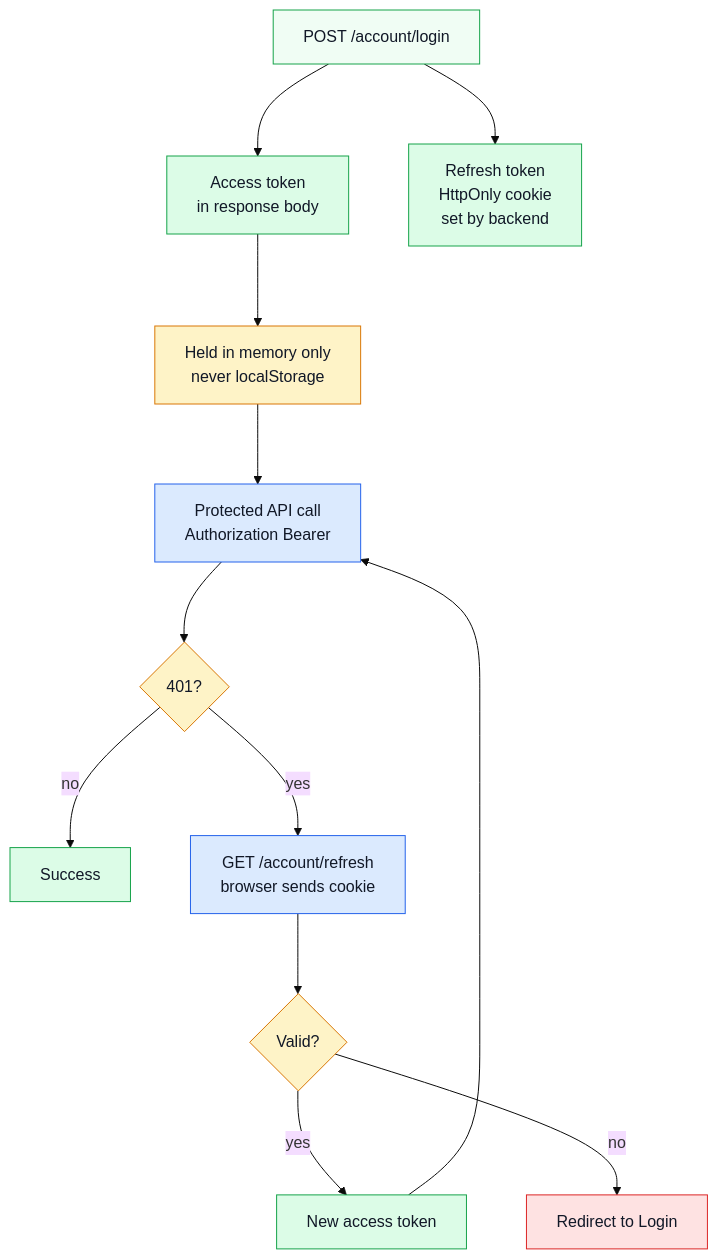
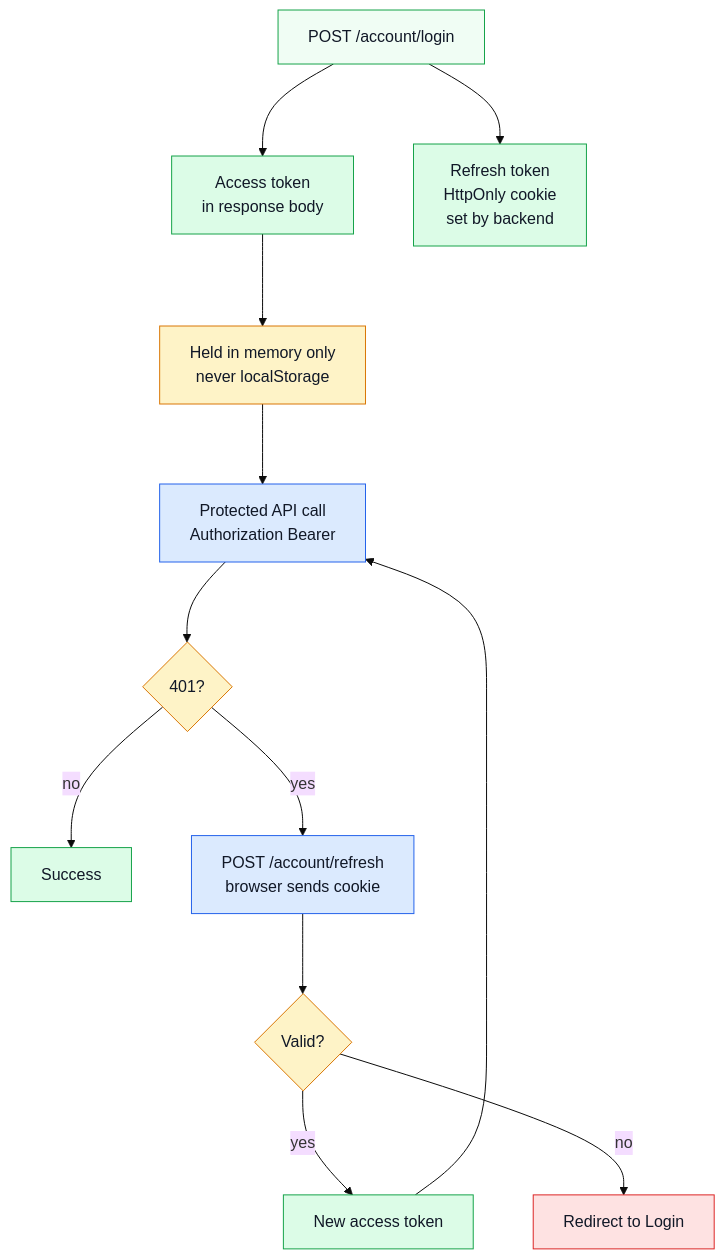
One commit to Guebbit/boilerplate-vue-frontend changed the first of 2 diagrams in docs/tools/security.md. Above: the diagram before and after it, drawn with Mermaid (base theme). The commit also changed other lines of this file and 15 other files, not shown here.

First line of the commit message:
feat(account)!: refresh with a POST, and read the __Host-jwt cookie in the e2e support

````diff
--- a/docs/tools/security.md
+++ b/docs/tools/security.md
@@ -18,31 +18,31 @@
 ```mermaid
 %%{init: {'flowchart': {'nodeSpacing': 60, 'rankSpacing': 80}}}%%
 flowchart TD
     A[POST /account/login] --> B[Access token\nin response body]
     A --> C[Refresh token\nHttpOnly cookie\nset by backend]
     B --> D[Held in memory only\nnever localStorage]
     D --> E[Protected API call\nAuthorization Bearer]
     E --> F{401?}
     F -- no --> G[Success]
-    F -- yes --> H[GET /account/refresh\nbrowser sends cookie]
+    F -- yes --> H[POST /account/refresh\nbrowser sends cookie]
     H --> I{Valid?}
     I -- yes --> J[New access token]
     J --> E
     I -- no --> K[Redirect to Login]
 
     classDef entry fill:#f0fdf4,stroke:#16a34a,color:#111827;
     classDef token fill:#dcfce7,stroke:#16a34a,color:#111827;
     classDef store fill:#fef3c7,stroke:#d97706,color:#111827;
     classDef transport fill:#dbeafe,stroke:#2563eb,color:#111827;
     classDef decision fill:#fef3c7,stroke:#d97706,color:#111827;
     classDef success fill:#dcfce7,stroke:#16a34a,color:#111827;
     classDef error fill:#fee2e2,stroke:#dc2626,color:#111827;
 
     class A entry;
     class B,C token;
     class D store;
     class E,H transport;
     class F,I decision;
     class G,J success;
     class K error;
 ```
````
